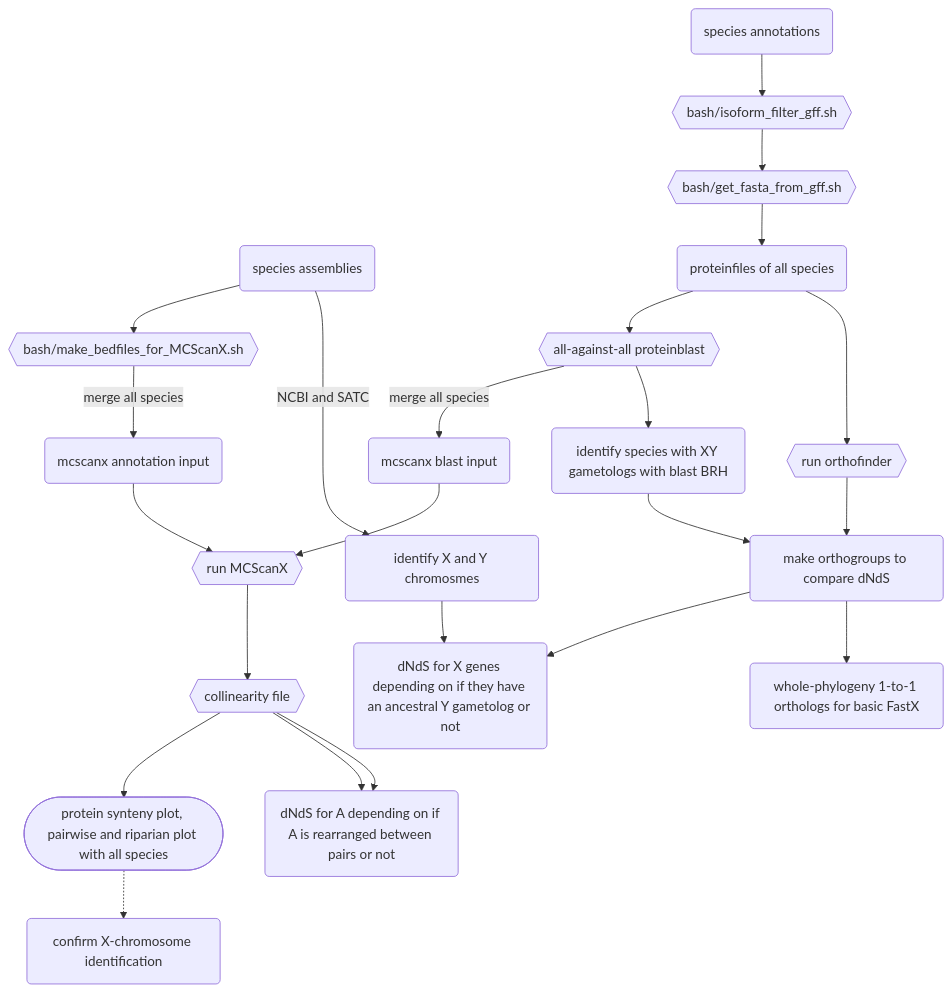
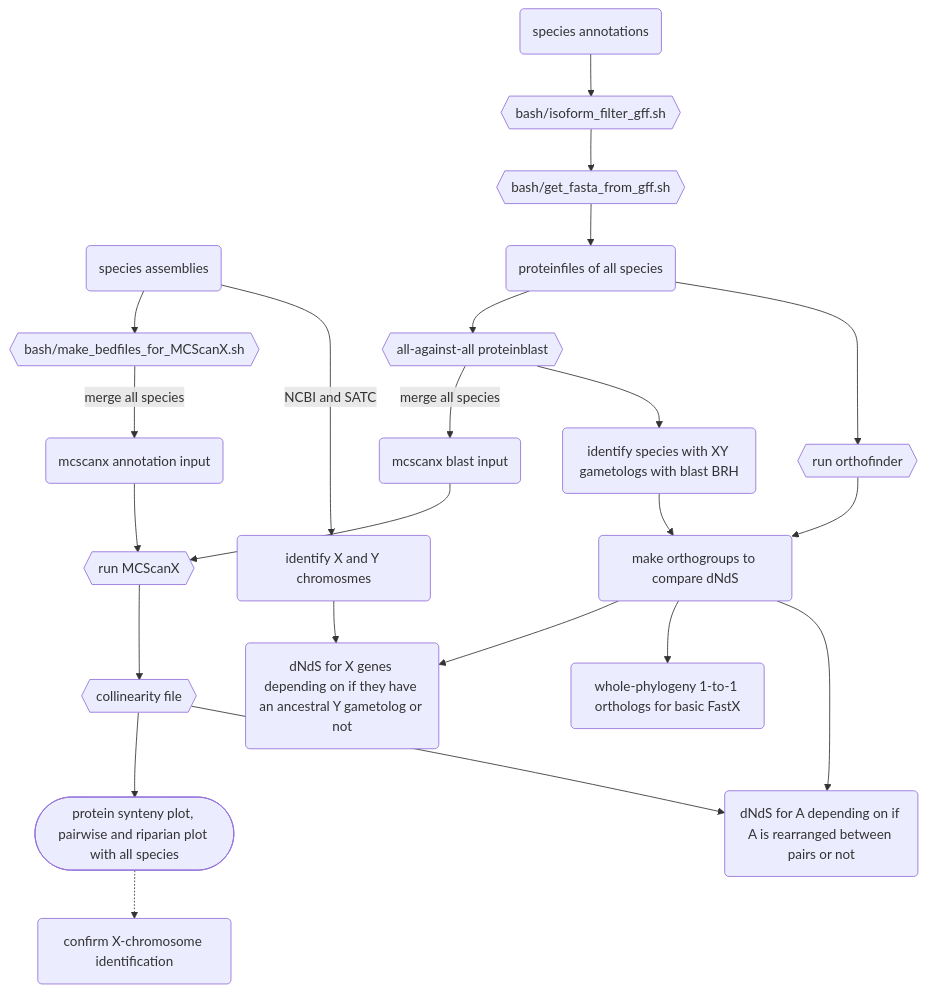
One commit to milena-t/PhD_chapter3 changed the diagram in README.md. Above: the diagram before and after it, drawn with Mermaid.

Commit message:
makemermaid

````diff
--- a/README.md
+++ b/README.md
@@ -55,32 +55,32 @@
 ```mermaid
 graph TD;
     species_Ass(species assemblies);
     species_Ass --> simplified_bed{{bash/make_bedfiles_for_MCScanX.sh}};
     simplified_bed -- merge all species --> mcscanx_bed(mcscanx annotation input);
     
     species_Ann(species annotations);
     species_Ann --> is_filter{{bash/isoform_filter_gff.sh}};
     is_filter --> get_prot{{bash/get_fasta_from_gff.sh}};
     get_prot --> protfiles(proteinfiles of all species);
     protfiles --> blast{{all-against-all proteinblast}};
     blast -- merge all species --> mcscanx_blast(mcscanx blast input);
 
     mcscanx_bed --> run_mcscanx{{run MCScanX}};
     mcscanx_blast --> run_mcscanx
     run_mcscanx --> mcscanx_out{{collinearity file}}
     mcscanx_out --> mcscanx_plot([protein synteny plot, pairwise and riparian plot with all species])
     mcscanx_plot .-> conf_X(confirm X-chromosome identification)
 
     species_Ass -- NCBI and SATC --> XY_chr(identify X and Y chromosmes);
     protfiles --> orthofinder{{run orthofinder}};
     
     blast --> XY_paralogs(identify species with XY gametologs with blast BRH);
     XY_paralogs --> dNdS_groups(make orthogroups to compare dNdS);
     orthofinder --> dNdS_groups;
 
     dNdS_groups --> gametologs(dNdS for X genes depending on if they have an ancestral Y gametolog or not);
     XY_chr --> gametologs
     dNdS_groups --> basicFastX(whole-phylogeny 1-to-1 orthologs for basic FastX);
-    mcscanx_out --> rearrangeA(dNdS for A depending on if A is rearranged between pairs or not)
+    dNdS_groups --> rearrangeA(dNdS for A depending on if A is rearranged between pairs or not)
     mcscanx_out --> rearrangeA
 ```   
````
